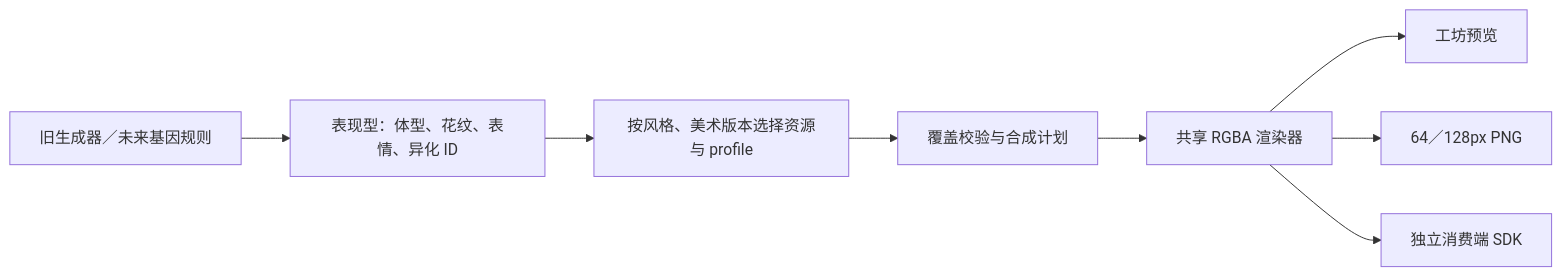
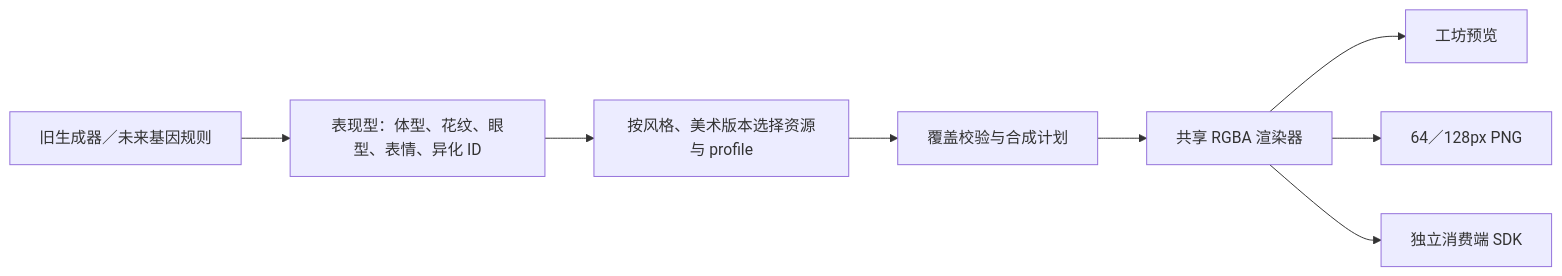
One commit to RehearsalTap4Fun/RandomPet changed the diagram in docs/integration/pixel-art.md. Above: the diagram before and after it, drawn with Mermaid. The commit also changed other lines of this file and 2 other files, not shown here.

````diff
--- a/docs/integration/pixel-art.md
+++ b/docs/integration/pixel-art.md
@@ -17,10 +20,10 @@
 ```mermaid
 flowchart LR
-  G[旧生成器／未来基因规则] --> P[表现型：体型、花纹、表情、异化 ID]
+  G[旧生成器／未来基因规则] --> P[表现型：体型、花纹、眼型、表情、异化 ID]
   P --> A[按风格、美术版本选择资源与 profile]
   A --> C[覆盖校验与合成计划]
   C --> R[共享 RGBA 渲染器]
   R --> V[工坊预览]
   R --> E[64／128px PNG]
   R --> N[独立消费端 SDK]
 ```
````
